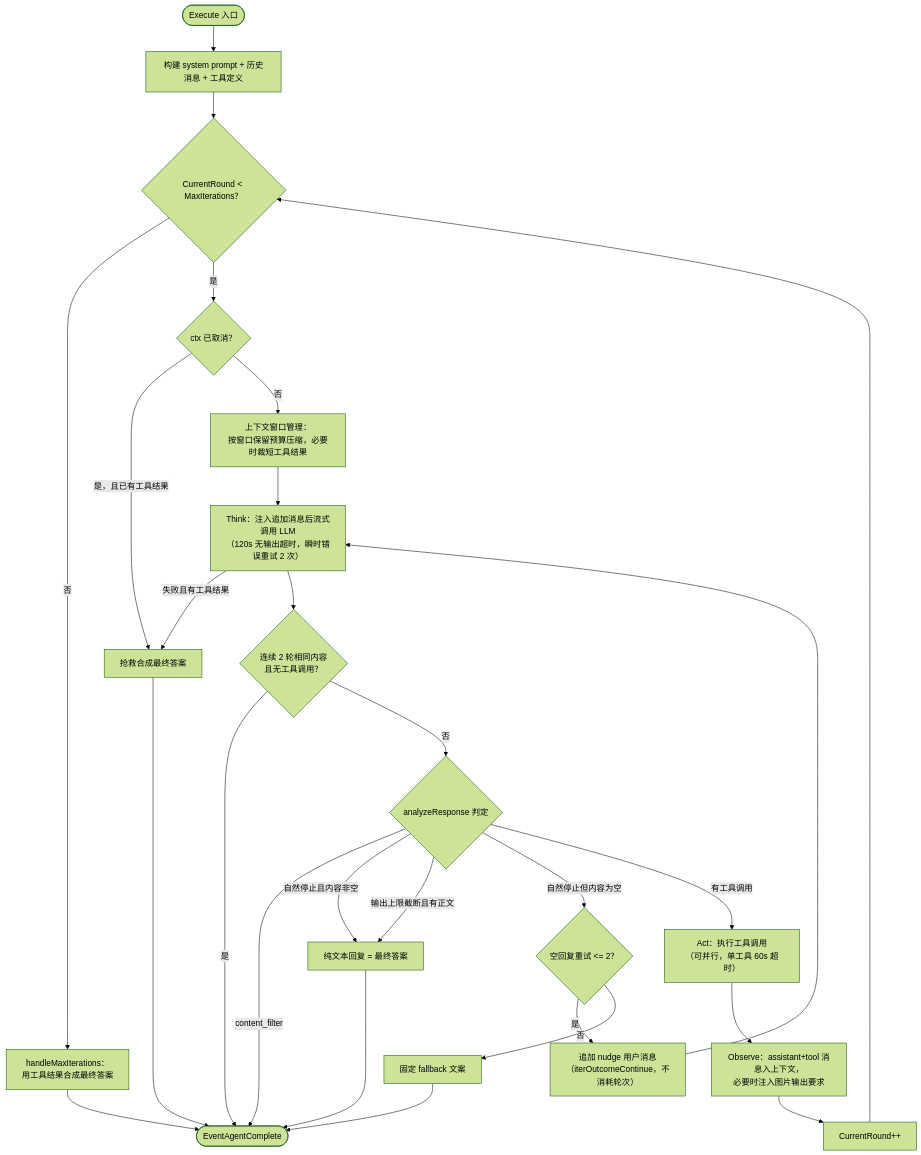
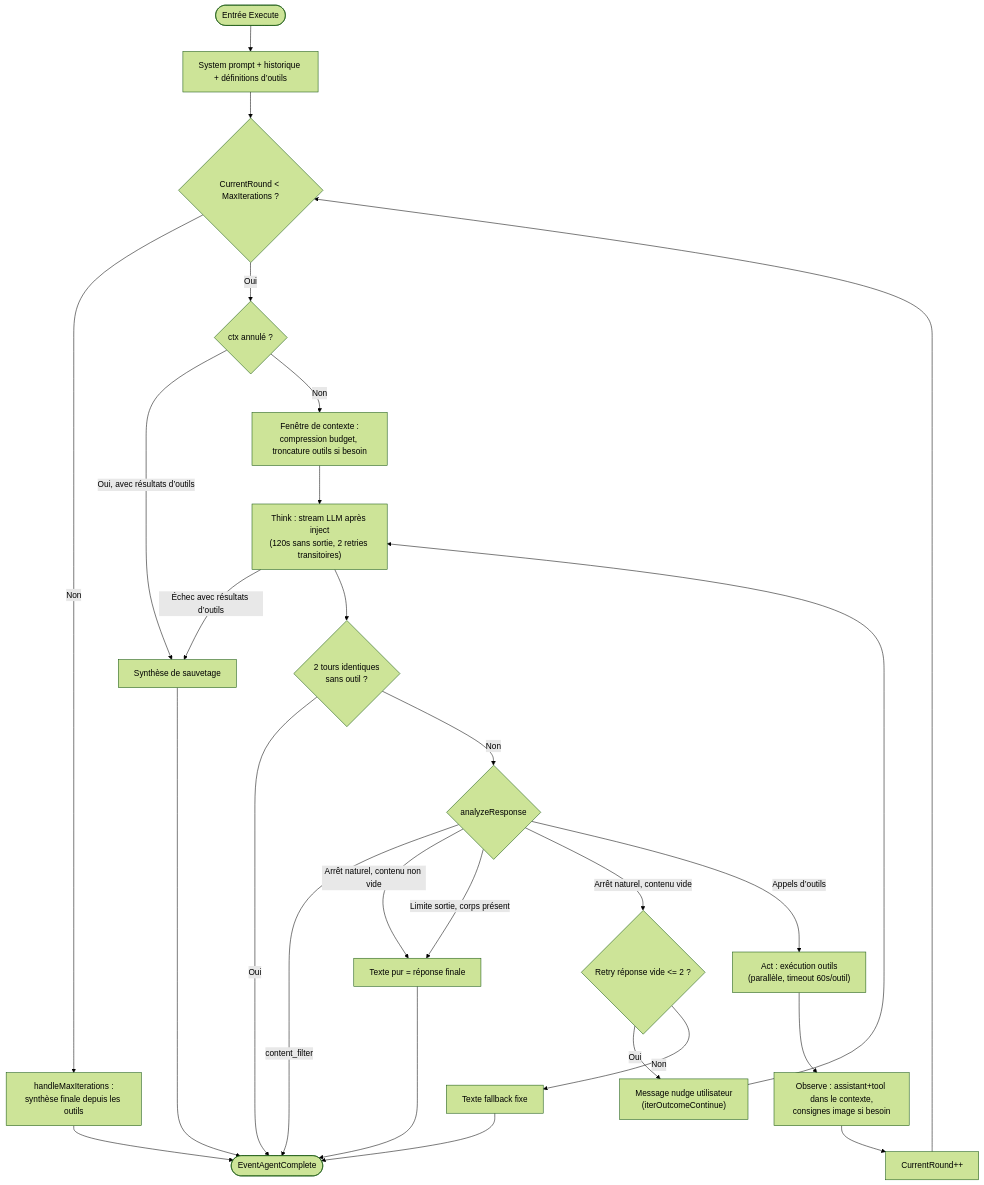
The second of 3 diagrams in website-docs/03-features/07-agent.md (samiriggui-code/gsms-template), drawn with Mermaid (forest theme) before and after one commit. The commit also changed other lines of this file and 301 other files, not shown here.

````diff
--- a/website-docs/03-features/07-agent.md
+++ b/website-docs/03-features/07-agent.md
@@ -385,24 +385,24 @@
 ```mermaid
 flowchart TD
-    START(["Execute 入口"]) --> INIT["构建 system prompt + 历史消息 + 工具定义"]
-    INIT --> CHECK{"CurrentRound < MaxIterations？"}
-    CHECK -- "否" --> MAXED["handleMaxIterations：<br/>用工具结果合成最终答案"]
+    START(["Entrée Execute"]) --> INIT["System prompt + historique + définitions d’outils"]
+    INIT --> CHECK{"CurrentRound < MaxIterations ?"}
+    CHECK -- "Non" --> MAXED["handleMaxIterations :<br/>synthèse finale depuis les outils"]
     MAXED --> DONE(["EventAgentComplete"])
-    CHECK -- "是" --> CANCEL{"ctx 已取消？"}
-    CANCEL -- "是，且已有工具结果" --> SALVAGE["抢救合成最终答案"] --> DONE
-    CANCEL -- "否" --> CTXMGMT["上下文窗口管理：<br/>按窗口保留预算压缩，必要时裁短工具结果"]
-    CTXMGMT --> THINK["Think：注入追加消息后流式调用 LLM<br/>（120s 无输出超时，瞬时错误重试 2 次）"]
-    THINK -- "失败且有工具结果" --> SALVAGE
-    THINK --> STUCK{"连续 2 轮相同内容<br/>且无工具调用？"}
-    STUCK -- "是" --> DONE
-    STUCK -- "否" --> ANALYZE{"analyzeResponse 判定"}
+    CHECK -- "Oui" --> CANCEL{"ctx annulé ?"}
+    CANCEL -- "Oui, avec résultats d’outils" --> SALVAGE["Synthèse de sauvetage"] --> DONE
+    CANCEL -- "Non" --> CTXMGMT["Fenêtre de contexte :<br/>compression budget, troncature outils si besoin"]
+    CTXMGMT --> THINK["Think : stream LLM après inject<br/>(120s sans sortie, 2 retries transitoires)"]
+    THINK -- "Échec avec résultats d’outils" --> SALVAGE
+    THINK --> STUCK{"2 tours identiques<br/>sans outil ?"}
+    STUCK -- "Oui" --> DONE
+    STUCK -- "Non" --> ANALYZE{"analyzeResponse"}
     ANALYZE -- "content_filter" --> DONE
-    ANALYZE -- "自然停止且内容非空" --> FINAL["纯文本回复 = 最终答案"] --> DONE
-    ANALYZE -- "输出上限截断且有正文" --> FINAL
-    ANALYZE -- "自然停止但内容为空" --> EMPTY{"空回复重试 <= 2？"}
-    EMPTY -- "是" --> NUDGE["追加 nudge 用户消息<br/>（iterOutcomeContinue，不消耗轮次）"] --> THINK
-    EMPTY -- "否" --> FALLBACK["固定 fallback 文案"] --> DONE
-    ANALYZE -- "有工具调用" --> ACT["Act：执行工具调用<br/>（可并行，单工具 60s 超时）"]
-    ACT --> OBSERVE["Observe：assistant+tool 消息入上下文，<br/>必要时注入图片输出要求"]
+    ANALYZE -- "Arrêt naturel, contenu non vide" --> FINAL["Texte pur = réponse finale"] --> DONE
+    ANALYZE -- "Limite sortie, corps présent" --> FINAL
+    ANALYZE -- "Arrêt naturel, contenu vide" --> EMPTY{"Retry réponse vide <= 2 ?"}
+    EMPTY -- "Oui" --> NUDGE["Message nudge utilisateur<br/>(iterOutcomeContinue)"] --> THINK
+    EMPTY -- "Non" --> FALLBACK["Texte fallback fixe"] --> DONE
+    ANALYZE -- "Appels d’outils" --> ACT["Act : exécution outils<br/>(parallèle, timeout 60s/outil)"]
+    ACT --> OBSERVE["Observe : assistant+tool dans le contexte,<br/>consignes image si besoin"]
     OBSERVE --> NEXT["CurrentRound++"] --> CHECK
 ```
````
